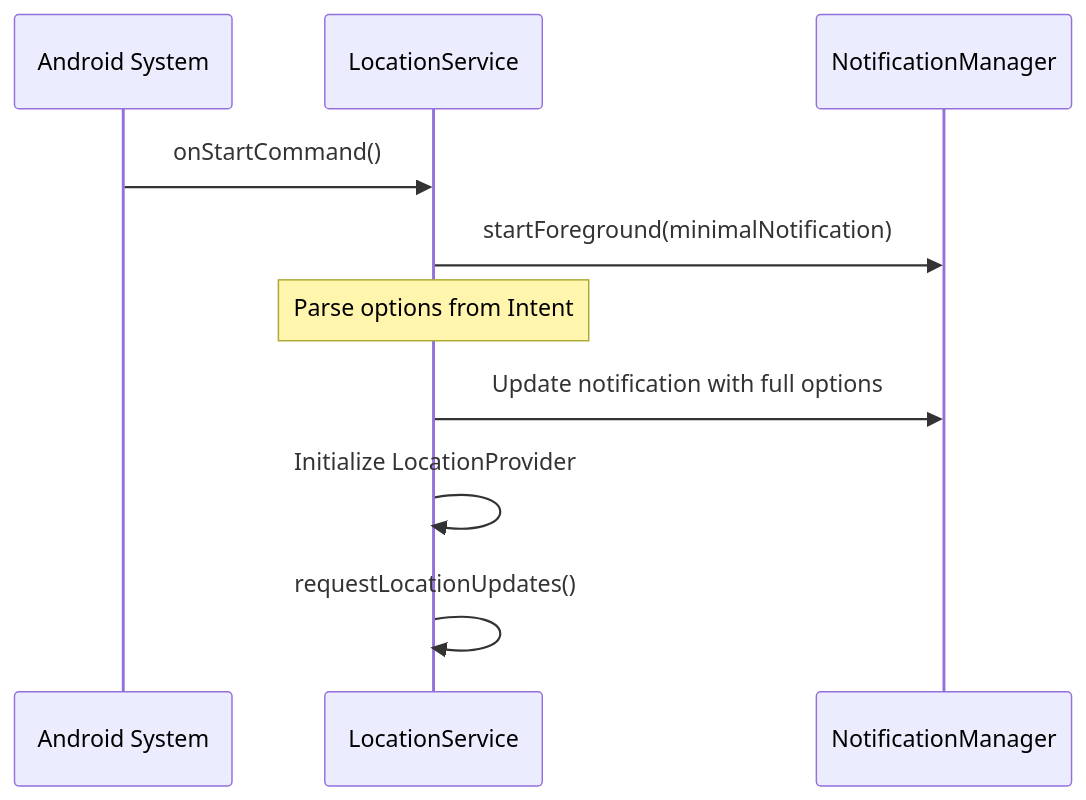
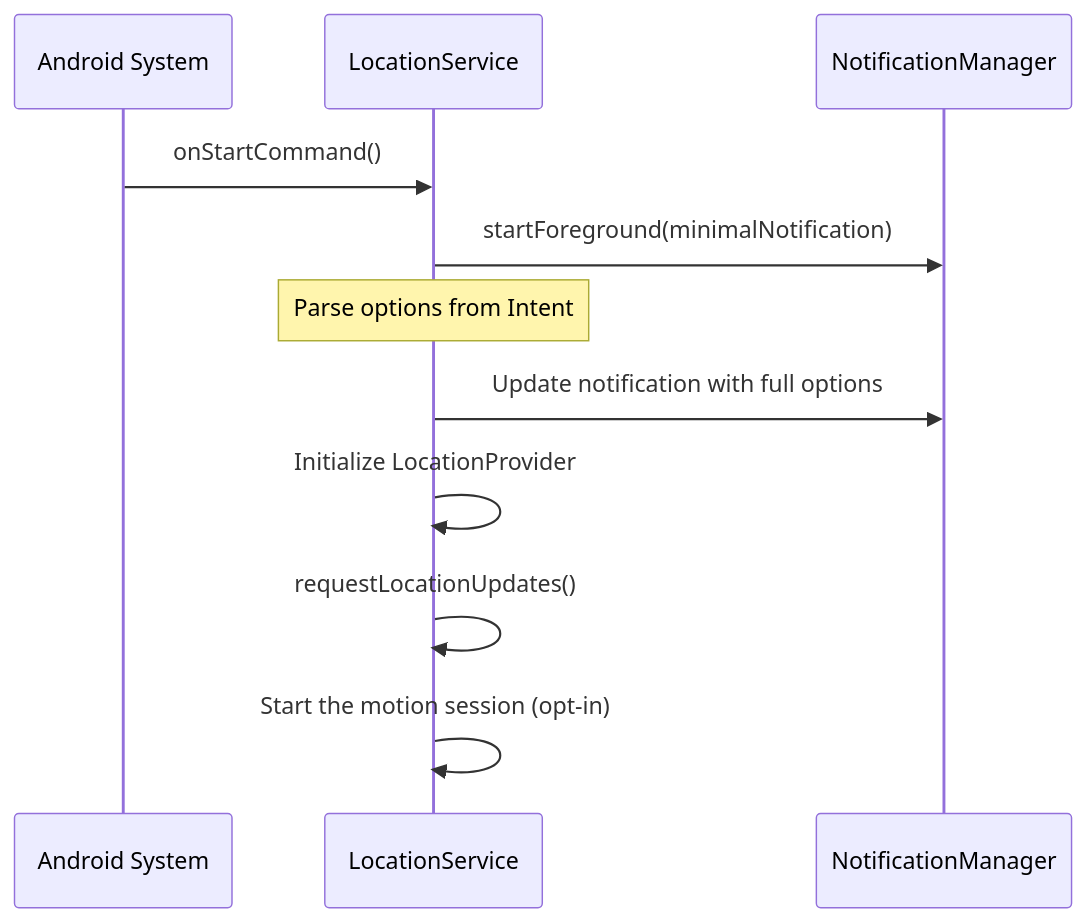
Before and after one commit to gabriel-sisjr/react-native-background-location: the third of 9 diagrams in website/docs/architecture/android-native.md, drawn with Mermaid. The commit also changed other lines of this file and 35 other files, not shown here.

````diff
--- a/website/docs/architecture/android-native.md
+++ b/website/docs/architecture/android-native.md
@@ -100,13 +104,14 @@
 ```mermaid
 sequenceDiagram
     participant System as Android System
     participant LS as LocationService
     participant NM as NotificationManager
 
     System->>LS: onStartCommand()
     LS->>NM: startForeground(minimalNotification)
     Note over LS: Parse options from Intent
     LS->>NM: Update notification with full options
     LS->>LS: Initialize LocationProvider
     LS->>LS: requestLocationUpdates()
+    LS->>LS: Start the motion session (opt-in)
 ```
````
